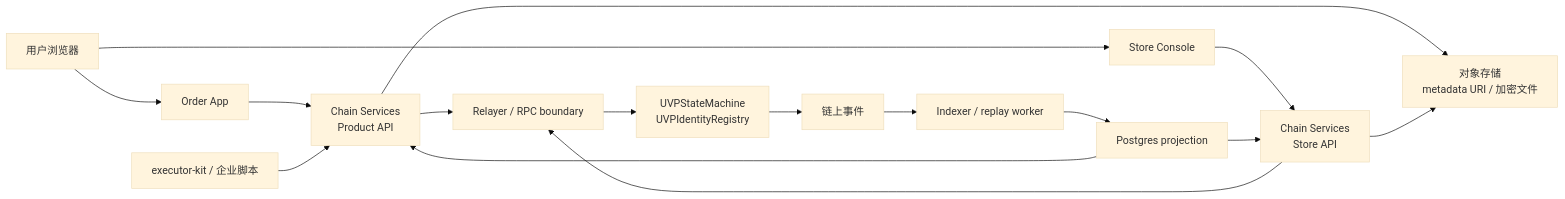
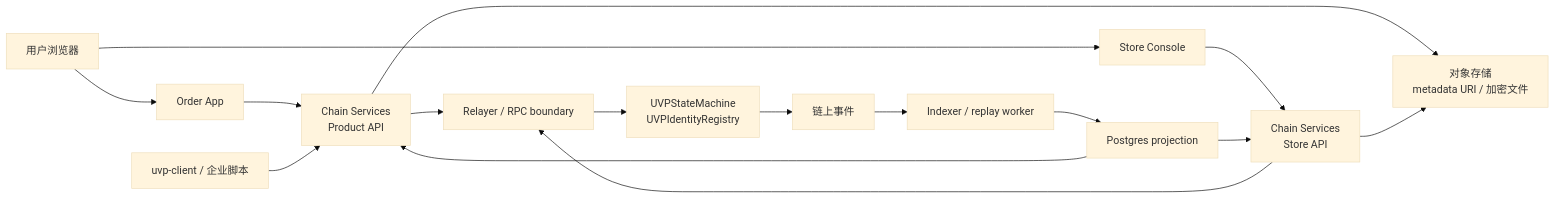
One commit to conucleus/uvp-wiki changed the second of 2 diagrams in wiki/concepts/architecture.md. Above: the diagram before and after it, drawn with Mermaid (base theme). The commit also changed other lines of this file and 70 other files, not shown here.

Commit message:
docs: uvp-client/registry pages

````diff
--- a/wiki/concepts/architecture.md
+++ b/wiki/concepts/architecture.md
@@ -34,31 +34,31 @@
 ```mermaid
 flowchart LR
   Browser["用户浏览器"]
   OrderApp["Order App"]
   Store["Store Console"]
-  Exec["executor-kit / 企业脚本"]
+  Exec["uvp-client / 企业脚本"]
   ProductAPI["Chain Services\nProduct API"]
   StoreAPI["Chain Services\nStore API"]
   Relayer["Relayer / RPC boundary"]
   Contracts["UVPStateMachine\nUVPIdentityRegistry"]
   Events["链上事件"]
   Indexer["Indexer / replay worker"]
   DB["Postgres projection"]
   ObjectStore["对象存储\nmetadata URI / 加密文件"]
 
   Browser --> OrderApp
   Browser --> Store
   OrderApp --> ProductAPI
   Store --> StoreAPI
   Exec --> ProductAPI
   ProductAPI --> Relayer
   StoreAPI --> Relayer
   Relayer --> Contracts
   Contracts --> Events
   Events --> Indexer
   Indexer --> DB
   DB --> ProductAPI
   DB --> StoreAPI
   ProductAPI --> ObjectStore
   StoreAPI --> ObjectStore
 ```
````
